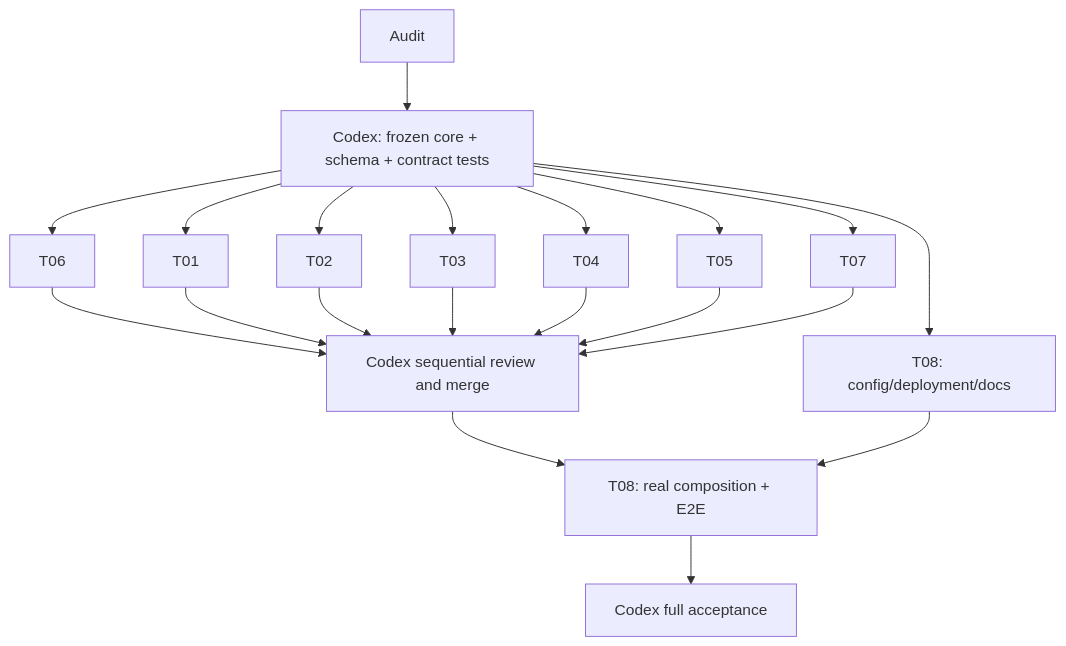
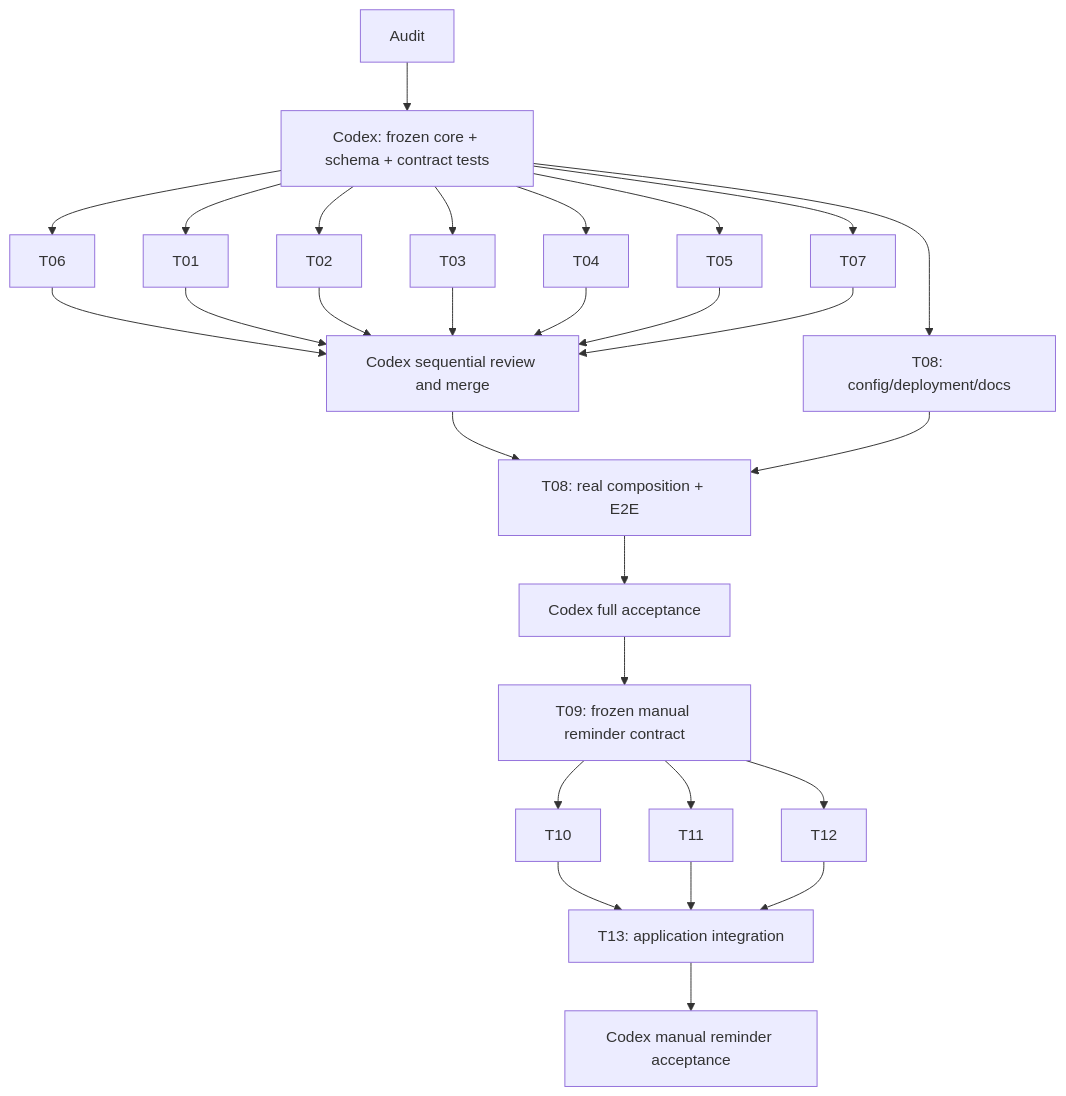
The diagram in docs/task-plan.md (Flyinsky2004/Email-Invoice-Guard), drawn with Mermaid before and after one commit. The commit also changed other lines of this file and 11 other files, not shown here.

Commit message:
feat(core): freeze manual reminder contract and plan T09-T13

````diff
--- a/docs/task-plan.md
+++ b/docs/task-plan.md
@@ -3,22 +3,30 @@
 ```mermaid
 flowchart TD
  Audit --> Core[Codex: frozen core + schema + contract tests]
  Core --> T01
  Core --> T02
  Core --> T03
  Core --> T04
  Core --> T05
  Core --> T06
  Core --> T07
  Core --> T08A[T08: config/deployment/docs]
  T06 --> Merge[Codex sequential review and merge]
  T01 --> Merge
  T02 --> Merge
  T03 --> Merge
  T04 --> Merge
  T05 --> Merge
  T07 --> Merge
  Merge --> T08B[T08: real composition + E2E]
  T08A --> T08B
  T08B --> Accept[Codex full acceptance]
+ Accept --> T09[T09: frozen manual reminder contract]
+ T09 --> T10
+ T09 --> T11
+ T09 --> T12
+ T10 --> T13[T13: application integration]
+ T11 --> T13
+ T12 --> T13
+ T13 --> Accept2[Codex manual reminder acceptance]
 ```
````
